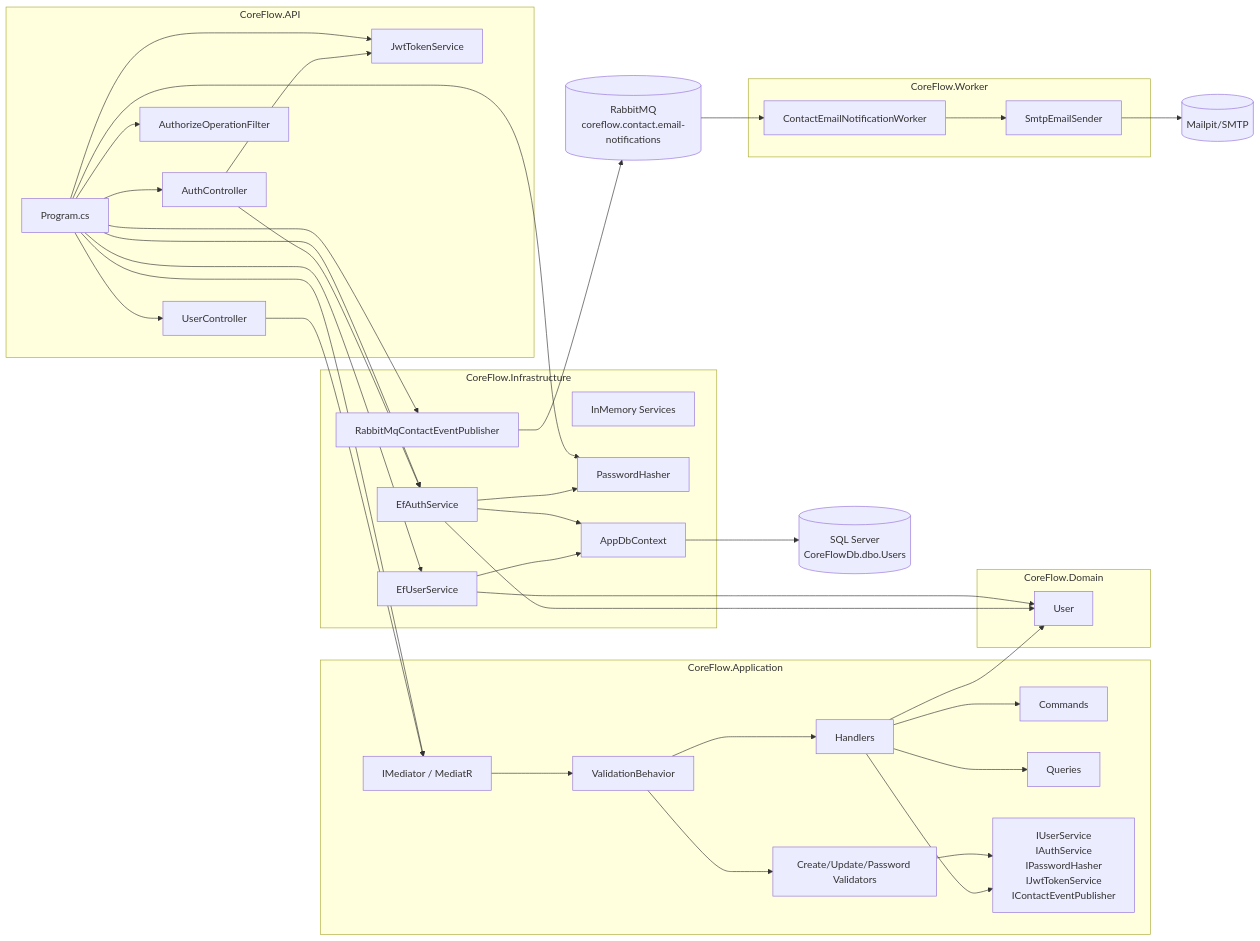
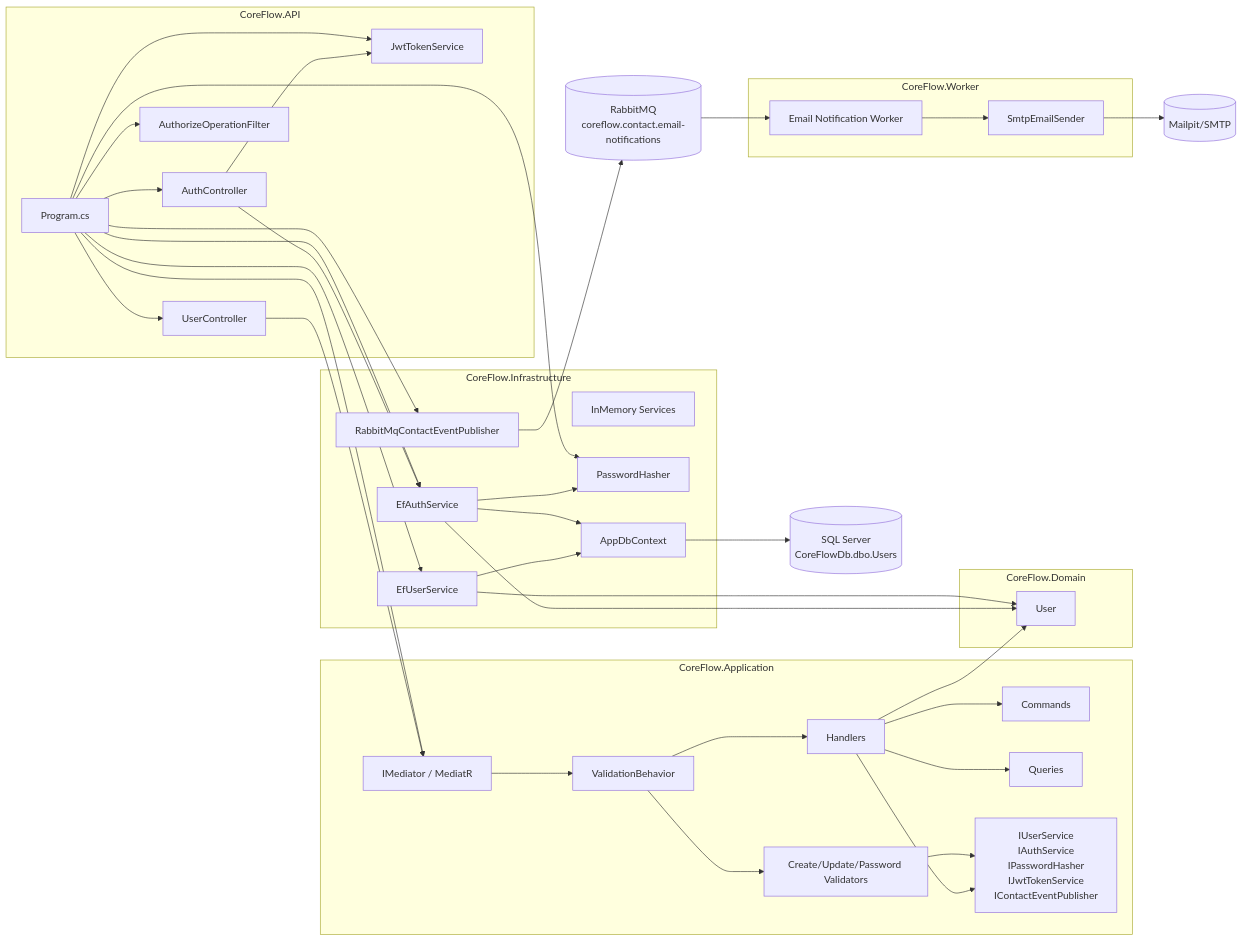
The second of 4 diagrams in CoreFlow/docs/documentacao-tecnica-coreflow-backend.md (george-marcone/AgendaApi), drawn with Mermaid before and after one commit. The commit also changed other lines of this file and 16 other files, not shown here.

````diff
--- a/CoreFlow/docs/documentacao-tecnica-coreflow-backend.md
+++ b/CoreFlow/docs/documentacao-tecnica-coreflow-backend.md
@@ -612,75 +637,75 @@
 ```mermaid
 flowchart LR
     subgraph API[CoreFlow.API]
         AuthController[AuthController]
         UserController[UserController]
         JwtTokenService[JwtTokenService]
         SwaggerFilter[AuthorizeOperationFilter]
         Program[Program.cs]
     end
 
     subgraph Application[CoreFlow.Application]
         Mediator[IMediator / MediatR]
         ValidationBehavior[ValidationBehavior]
         Validators[Create/Update/Password Validators]
         Commands[Commands]
         Queries[Queries]
         Handlers[Handlers]
         Interfaces[IUserService<br/>IAuthService<br/>IPasswordHasher<br/>IJwtTokenService<br/>IContactEventPublisher]
     end
 
     subgraph Domain[CoreFlow.Domain]
         User[User]
     end
 
     subgraph Infrastructure[CoreFlow.Infrastructure]
         EfUserService[EfUserService]
         EfAuthService[EfAuthService]
         InMemoryServices[InMemory Services]
         PasswordHasher[PasswordHasher]
         RabbitPublisher[RabbitMqContactEventPublisher]
         AppDbContext[AppDbContext]
     end
 
     subgraph Worker[CoreFlow.Worker]
-        EmailWorker[ContactEmailNotificationWorker]
+        EmailWorker[Email Notification Worker]
         SmtpSender[SmtpEmailSender]
     end
 
     Db[(SQL Server<br/>CoreFlowDb.dbo.Users)]
     Rabbit[(RabbitMQ<br/>coreflow.contact.email-notifications)]
     Mailpit[(Mailpit/SMTP)]
 
     Program --> AuthController
     Program --> UserController
     Program --> Mediator
     Program --> JwtTokenService
     Program --> EfUserService
     Program --> EfAuthService
     Program --> PasswordHasher
     Program --> RabbitPublisher
     Program --> SwaggerFilter
 
     UserController --> Mediator
     Mediator --> ValidationBehavior
     ValidationBehavior --> Validators
     Validators --> Interfaces
     ValidationBehavior --> Handlers
     Handlers --> Commands
     Handlers --> Queries
     Handlers --> Interfaces
     Handlers --> User
 
     AuthController --> EfAuthService
     AuthController --> JwtTokenService
     EfAuthService --> PasswordHasher
     EfAuthService --> AppDbContext
     EfUserService --> AppDbContext
     RabbitPublisher --> Rabbit
     Rabbit --> EmailWorker
     EmailWorker --> SmtpSender
     SmtpSender --> Mailpit
     AppDbContext --> Db
     EfUserService --> User
     EfAuthService --> User
 ```
````
